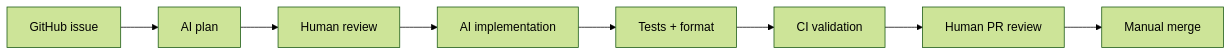
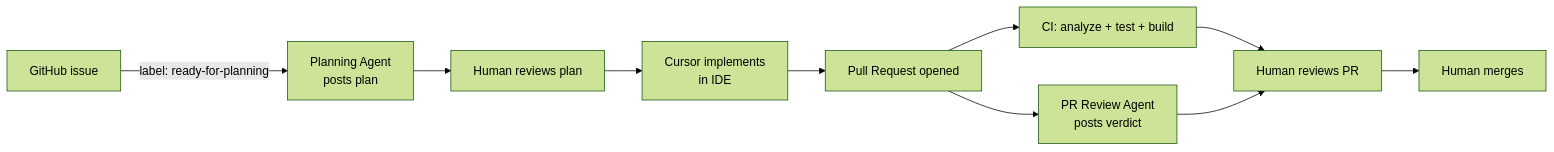
One commit to srdjan86/pulse_coaching_app changed the diagram in docs/ai-workflow.md. Above: the diagram before and after it, drawn with Mermaid (forest theme). The commit also changed other lines of this file and 2 other files, not shown here.

First line of the commit message:
feat: add Cursor SDK issue planning agent (#14)

````diff
--- a/docs/ai-workflow.md
+++ b/docs/ai-workflow.md
@@ -17,10 +16,11 @@
 ```mermaid
 flowchart LR
-  ticket[GitHub issue] --> plan[AI plan]
-  plan --> review1[Human review]
-  review1 --> code[AI implementation]
-  code --> tests[Tests + format]
-  tests --> ci[CI validation]
-  ci --> review2[Human PR review]
-  review2 --> merge[Manual merge]
+  ticket[GitHub issue] -->|label: ready-for-planning| plan[Planning Agent\nposts plan]
+  plan --> review1[Human reviews plan]
+  review1 --> code[Cursor implements\nin IDE]
+  code --> pr[Pull Request opened]
+  pr --> ci[CI: analyze + test + build]
+  pr --> airev[PR Review Agent\nposts verdict]
+  ci & airev --> review2[Human reviews PR]
+  review2 --> merge[Human merges]
 ```
````
